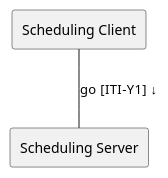
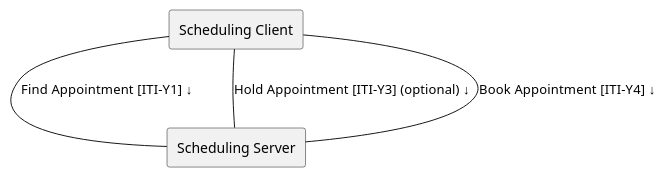
Before and after one commit to IHE/ITI.Scheduling: the first of 2 diagrams in input/images-source/ActorsAndTransactions.plantuml, drawn with PlantUML. The commit also changed other lines of this file and 1 other file, not shown here.

Commit message:
Updates on actors and transactions

```diff
--- a/input/images-source/ActorsAndTransactions.plantuml
+++ b/input/images-source/ActorsAndTransactions.plantuml
@@ -1,5 +1,7 @@
-@startuml ActorsAndTransactions
+@startuml ActorsAndTransactions-1
 agent "Scheduling Client" as Client
 agent "Scheduling Server" as Server
-Client -- Server : "go [ITI-Y1] ↓"
+Client -- Server : "Find Appointment [ITI-Y1] ↓"
+Client -- Server : "Hold Appointment [ITI-Y3] (optional) ↓"
+Client -- Server : "Book Appointment [ITI-Y4] ↓"
 @enduml
```
